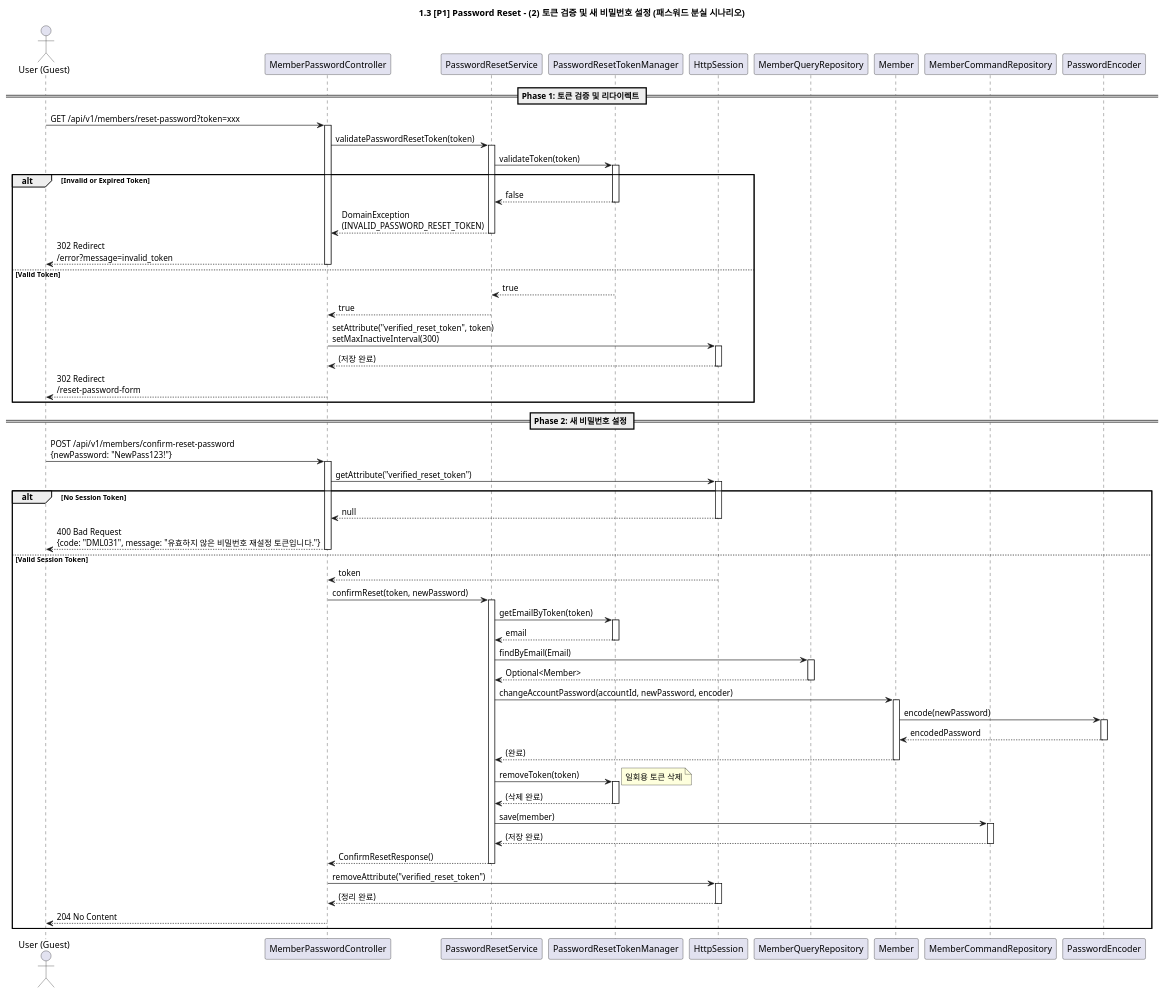
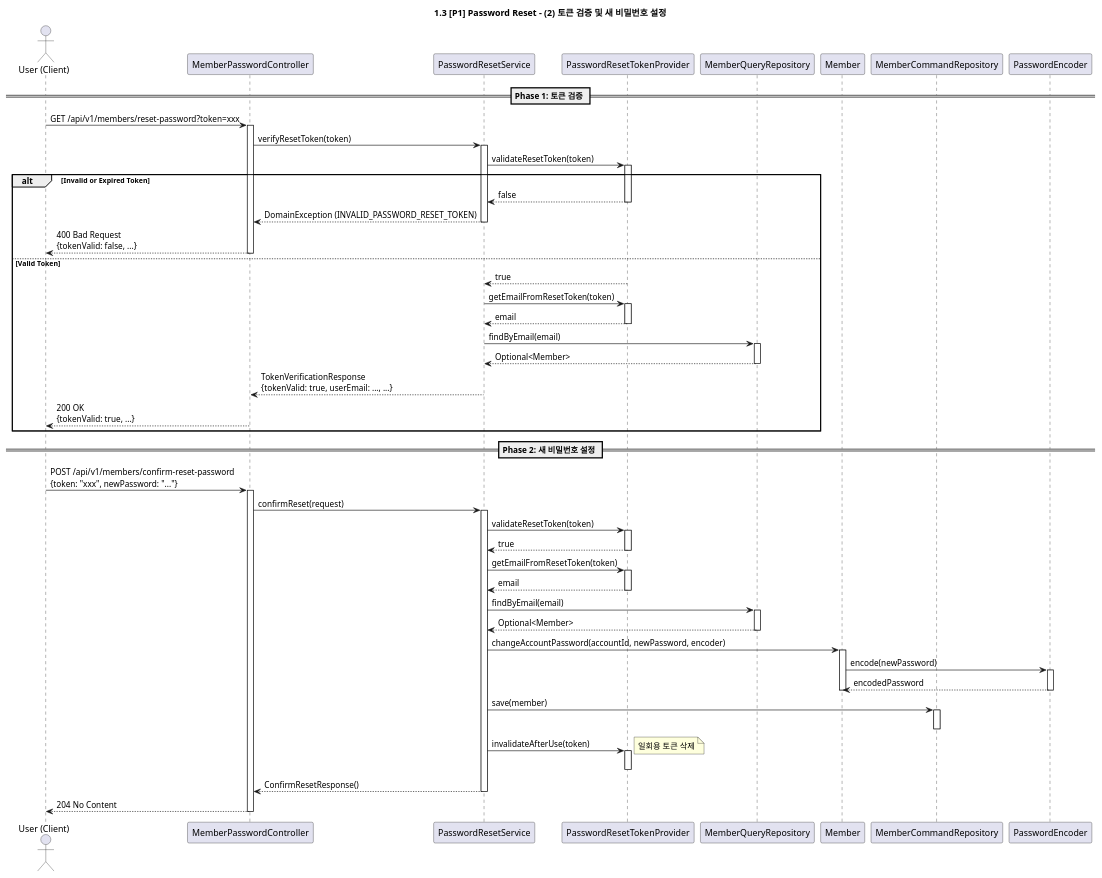
The diagram in docs/sequences/1.3_password_reset_set_new.puml (f-lab-edu/learning-manager), drawn with PlantUML before and after one commit. The commit also changed 49 other files, not shown here.

```diff
--- a/docs/sequences/1.3_password_reset_set_new.puml
+++ b/docs/sequences/1.3_password_reset_set_new.puml
@@ -1,107 +1,99 @@
 @startuml
 
-title 1.3 [P1] Password Reset - (2) 토큰 검증 및 새 비밀번호 설정 (패스워드 분실 시나리오)
+title 1.3 [P1] Password Reset - (2) 토큰 검증 및 새 비밀번호 설정
 
-actor "User (Guest)" as User
+actor "User (Client)" as User
 participant "MemberPasswordController" as Controller
 participant "PasswordResetService" as AppService
-participant "PasswordResetTokenManager" as TokenManager
-participant "HttpSession" as Session
-participant "MemberQueryRepository" as QueryRepository
+participant "PasswordResetTokenProvider" as TokenProvider
+participant "MemberQueryRepository" as QueryRepo
 participant "Member" as MemberDomain
-participant "MemberCommandRepository" as CommandRepository
+participant "MemberCommandRepository" as CommandRepo
 participant "PasswordEncoder" as Encoder
 
-== Phase 1: 토큰 검증 및 리다이렉트 ==
+== Phase 1: 토큰 검증 ==
 
 User -> Controller: GET /api/v1/members/reset-password?token=xxx
 activate Controller
 
-Controller -> AppService: validatePasswordResetToken(token)
+Controller -> AppService: verifyResetToken(token)
 activate AppService
 
-AppService -> TokenManager: validateToken(token)
-activate TokenManager
+AppService -> TokenProvider: validateResetToken(token)
+activate TokenProvider
 alt Invalid or Expired Token
-    TokenManager --> AppService: false
-    deactivate TokenManager
-    AppService --> Controller: DomainException\n(INVALID_PASSWORD_RESET_TOKEN)
+    TokenProvider --> AppService: false
+    deactivate TokenProvider
+    AppService --> Controller: DomainException (INVALID_PASSWORD_RESET_TOKEN)
     deactivate AppService
-    Controller --> User: 302 Redirect\n/error?message=invalid_token
+    Controller --> User: 400 Bad Request\n{tokenValid: false, ...}
     deactivate Controller
 else Valid Token
-    TokenManager --> AppService: true
-    deactivate TokenManager
-    AppService --> Controller: true
+    TokenProvider --> AppService: true
+    deactivate TokenProvider
+
+    AppService -> TokenProvider: getEmailFromResetToken(token)
+    activate TokenProvider
+    TokenProvider --> AppService: email
+    deactivate TokenProvider
+
+    AppService -> QueryRepo: findByEmail(email)
+    activate QueryRepo
+    QueryRepo --> AppService: Optional<Member>
+    deactivate QueryRepo
+
+    AppService --> Controller: TokenVerificationResponse\n{tokenValid: true, userEmail: ..., ...}
     deactivate AppService
 
-    Controller -> Session: setAttribute("verified_reset_token", token)\nsetMaxInactiveInterval(300)
-    activate Session
-    Session --> Controller: (저장 완료)
-    deactivate Session
-
-    Controller --> User: 302 Redirect\n/reset-password-form
+    Controller --> User: 200 OK\n{tokenValid: true, ...}
     deactivate Controller
 end
 
 == Phase 2: 새 비밀번호 설정 ==
 
-User -> Controller: POST /api/v1/members/confirm-reset-password\n{newPassword: "NewPass123!"}
+User -> Controller: POST /api/v1/members/confirm-reset-password\n{token: "xxx", newPassword: "..."}
 activate Controller
 
-Controller -> Session: getAttribute("verified_reset_token")
-activate Session
-alt No Session Token
-    Session --> Controller: null
-    deactivate Session
-    Controller --> User: 400 Bad Request\n{code: "DML031", message: "유효하지 않은 비밀번호 재설정 토큰입니다."}
-    deactivate Controller
-else Valid Session Token
-    Session --> Controller: token
-    deactivate Session
+Controller -> AppService: confirmReset(request)
+activate AppService
 
-    Controller -> AppService: confirmReset(token, newPassword)
-    activate AppService
+AppService -> TokenProvider: validateResetToken(token)
+activate TokenProvider
+TokenProvider --> AppService: true
+deactivate TokenProvider
 
-    AppService -> TokenManager: getEmailByToken(token)
-    activate TokenManager
-    TokenManager --> AppService: email
-    deactivate TokenManager
+AppService -> TokenProvider: getEmailFromResetToken(token)
+activate TokenProvider
+TokenProvider --> AppService: email
+deactivate TokenProvider
 
-    AppService -> QueryRepository: findByEmail(Email)
-    activate QueryRepository
-    QueryRepository --> AppService: Optional<Member>
-    deactivate QueryRepository
+AppService -> QueryRepo: findByEmail(email)
+activate QueryRepo
+QueryRepo --> AppService: Optional<Member>
+deactivate QueryRepo
 
-    AppService -> MemberDomain: changeAccountPassword(accountId, newPassword, encoder)
-    activate MemberDomain
-    MemberDomain -> Encoder: encode(newPassword)
-    activate Encoder
-    Encoder --> MemberDomain: encodedPassword
-    deactivate Encoder
-    MemberDomain --> AppService: (완료)
-    deactivate MemberDomain
+AppService -> MemberDomain: changeAccountPassword(accountId, newPassword, encoder)
+activate MemberDomain
+MemberDomain -> Encoder: encode(newPassword)
+activate Encoder
+Encoder --> MemberDomain: encodedPassword
+deactivate Encoder
+deactivate MemberDomain
 
-    AppService -> TokenManager: removeToken(token)
-    activate TokenManager
-    note right: 일회용 토큰 삭제
-    TokenManager --> AppService: (삭제 완료)
-    deactivate TokenManager
+AppService -> CommandRepo: save(member)
+activate CommandRepo
+deactivate CommandRepo
 
-    AppService -> CommandRepository: save(member)
-    activate CommandRepository
-    CommandRepository --> AppService: (저장 완료)
-    deactivate CommandRepository
+AppService -> TokenProvider: invalidateAfterUse(token)
+activate TokenProvider
+note right: 일회용 토큰 삭제
+deactivate TokenProvider
 
-    AppService --> Controller: ConfirmResetResponse()
-    deactivate AppService
+AppService --> Controller: ConfirmResetResponse()
 
-    Controller -> Session: removeAttribute("verified_reset_token")
-    activate Session
-    Session --> Controller: (정리 완료)
-    deactivate Session
+deactivate AppService
 
-    Controller --> User: 204 No Content
-    deactivate Controller
-end
+Controller --> User: 204 No Content
+deactivate Controller
+
 @enduml
```
